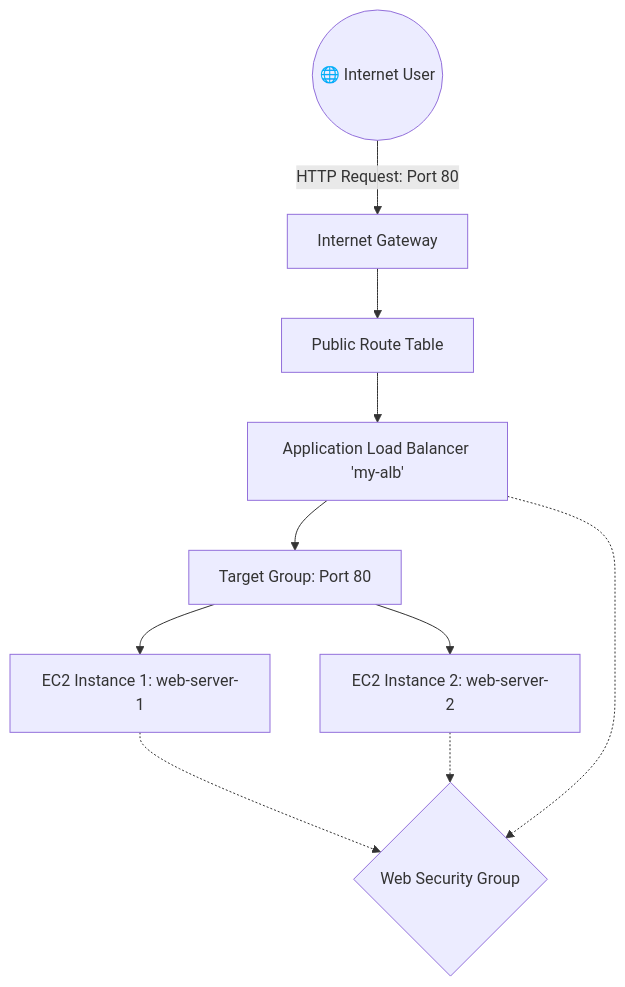
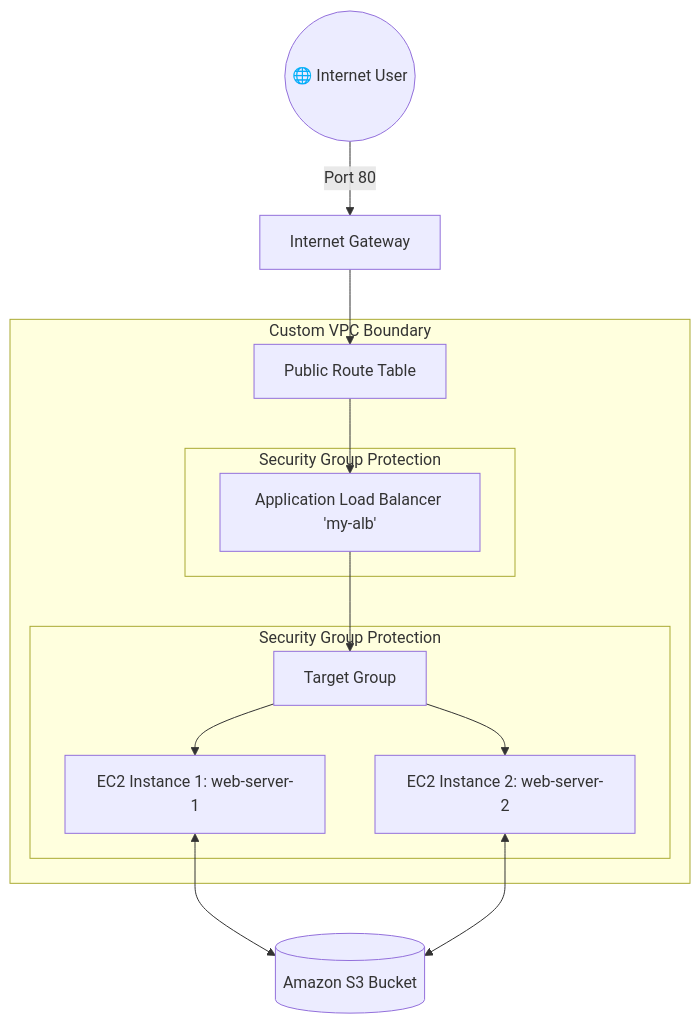
Before and after one commit to ShwetaMG/AWS-LEARNING: the diagram in Terraform/README.md, drawn with Mermaid.

Commit message:
README.md content fixed

````diff
--- a/Terraform/README.md
+++ b/Terraform/README.md
@@ -8,22 +8,29 @@
 ```mermaid
 graph TD
-    %% Traffic Ingress
-    User((🌐 Internet User)) -->|HTTP Request: Port 80| IGW[Internet Gateway]
-    
-    %% Routing Layer
+    %% External Ingress
+    User((🌐 Internet User)) -->|Port 80| IGW[Internet Gateway]
     IGW --> RouteTable[Public Route Table]
-    RouteTable --> ALB[Application Load Balancer 'my-alb']
-    
-    %% Distribution Layer
-    ALB --> TG[Target Group: Port 80]
-    
-    %% Compute Layer
-    TG --> EC2_1[EC2 Instance 1: web-server-1]
-    TG --> EC2_2[EC2 Instance 2: web-server-2]
-    
-    %% Security Overlay
-    EC2_1 -.-> SG{Web Security Group}
-    EC2_2 -.-> SG
-    ALB -.-> SG
+
+    %% Infrastructure Boundaries
+    subgraph VPC [Custom VPC Boundary]
+        RouteTable --> ALB
+        
+        %% Load Balancing Component wrapped by Firewall
+        subgraph SG_ALB [Security Group Protection]
+            ALB[Application Load Balancer 'my-alb']
+        end
+
+        ALB --> TG[Target Group]
+
+        %% Target Web Servers wrapped by Firewall
+        subgraph SG_Instances [Security Group Protection]
+            TG --> EC2_1[EC2 Instance 1: web-server-1]
+            TG --> EC2_2[EC2 Instance 2: web-server-2]
+        end
+    end
+
+    %% Storage Integration from the video diagram
+    EC2_1 <--> S3[(Amazon S3 Bucket)]
+    EC2_2 <--> S3
 
 ```   
````
